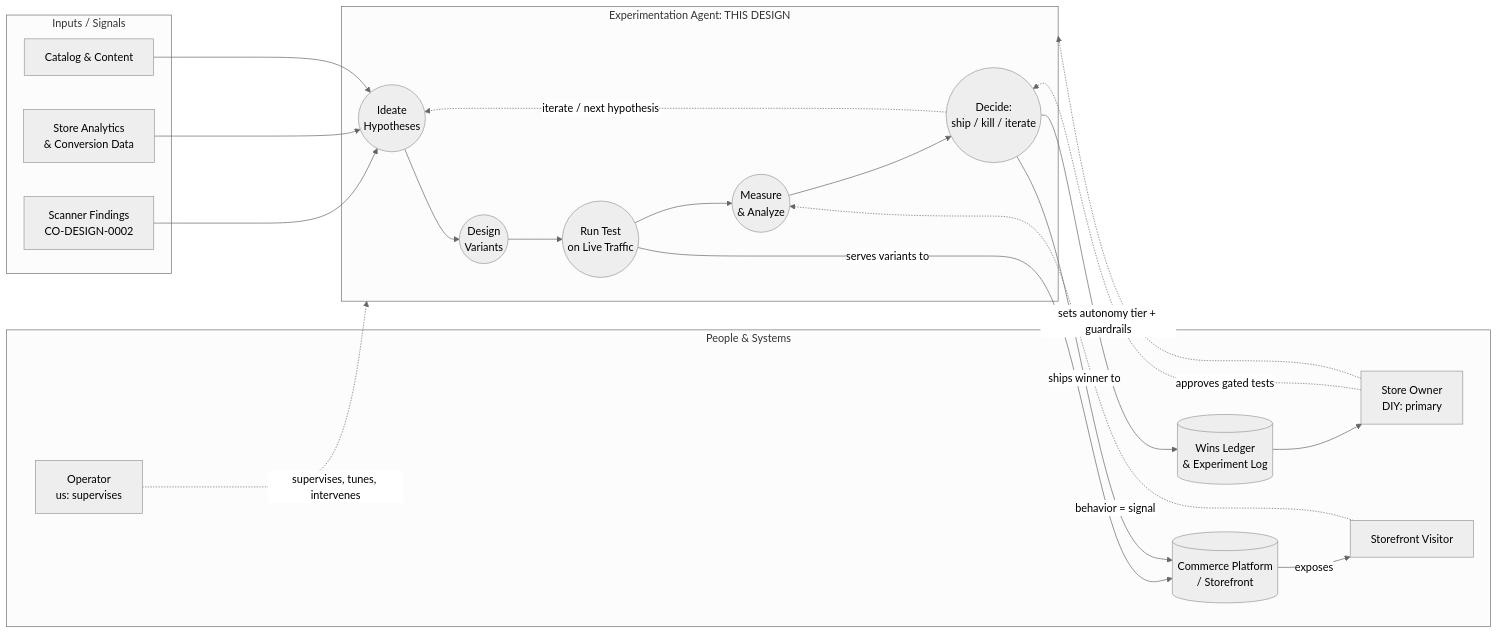
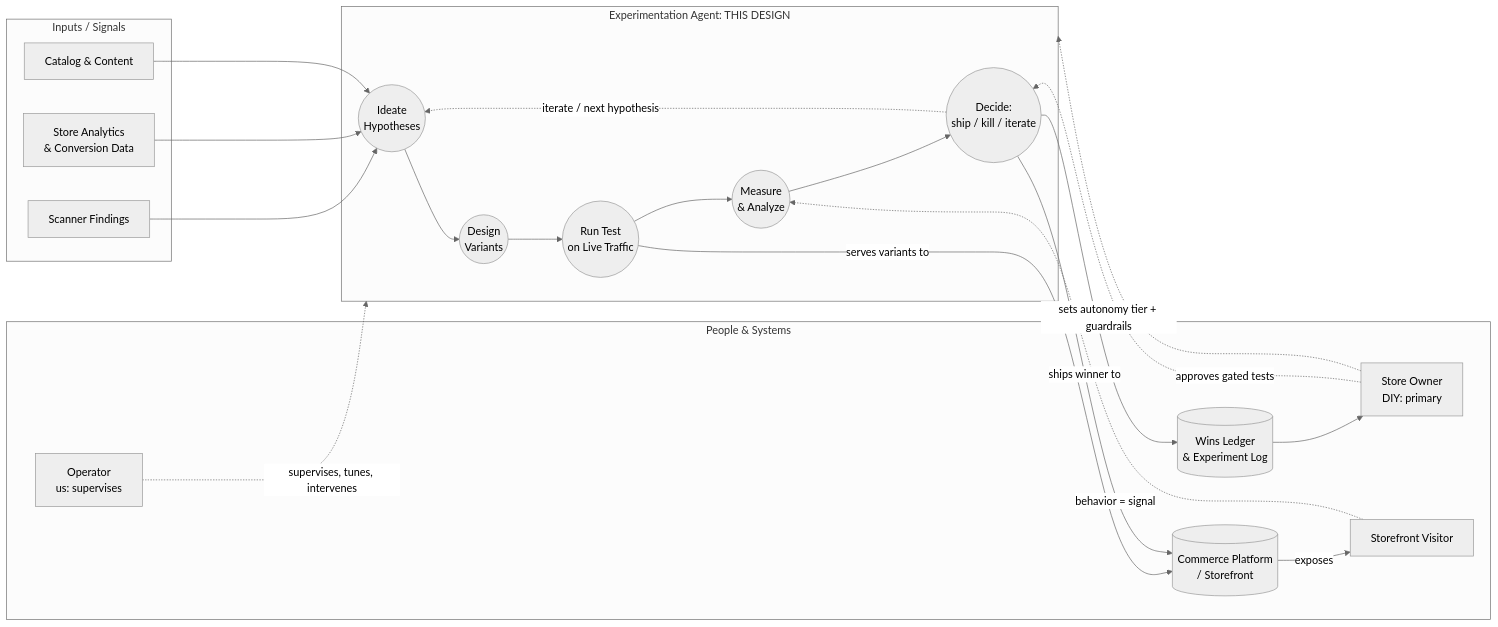
Before and after one commit to omars-lab/omars-lab.github.io: the second of 15 diagrams in bytesofpurpose-blog/designs/2026-06-22-self-healing-storefront.mdx, drawn with Mermaid (neutral theme). The commit also changed other lines of this file and 2 other files, not shown here.

````diff
--- a/bytesofpurpose-blog/designs/2026-06-22-self-healing-storefront.mdx
+++ b/bytesofpurpose-blog/designs/2026-06-22-self-healing-storefront.mdx
@@ -132,41 +187,41 @@
 ```mermaid
 %% animate: flow
 graph LR
     subgraph signals["Inputs / Signals"]
-        SCAN[Scanner Findings\nCO-DESIGN-0002]
+        SCAN[Scanner Findings]
         ANALYTICS[Store Analytics\n& Conversion Data]
         CATALOG[Catalog & Content]
     end
 
     subgraph engine["Experimentation Agent: THIS DESIGN"]
         IDEATE((Ideate\nHypotheses))
         DESIGN((Design\nVariants))
         RUN((Run Test\non Live Traffic))
         MEASURE((Measure\n& Analyze))
         DECIDE((Decide:\nship / kill / iterate))
     end
 
     subgraph people["People & Systems"]
         OWNER[Store Owner\nDIY: primary]
         OP[Operator\nus: supervises]
         STORE[(Commerce Platform\n/ Storefront)]
         SHOPPER[Storefront Visitor]
         LEDGER[(Wins Ledger\n& Experiment Log)]
     end
 
     SCAN --> IDEATE
     ANALYTICS --> IDEATE
     CATALOG --> IDEATE
     IDEATE --> DESIGN --> RUN --> MEASURE --> DECIDE
     DECIDE -.->|iterate / next hypothesis| IDEATE
     RUN -->|serves variants to| STORE
     STORE -->|exposes| SHOPPER
     SHOPPER -.->|behavior = signal| MEASURE
     DECIDE -->|ships winner to| STORE
     DECIDE --> LEDGER
     LEDGER --> OWNER
     OWNER -.->|sets autonomy tier + guardrails| engine
     OWNER -.->|approves gated tests| DECIDE
     OP -.->|supervises, tunes, intervenes| engine
 
 ```
````
